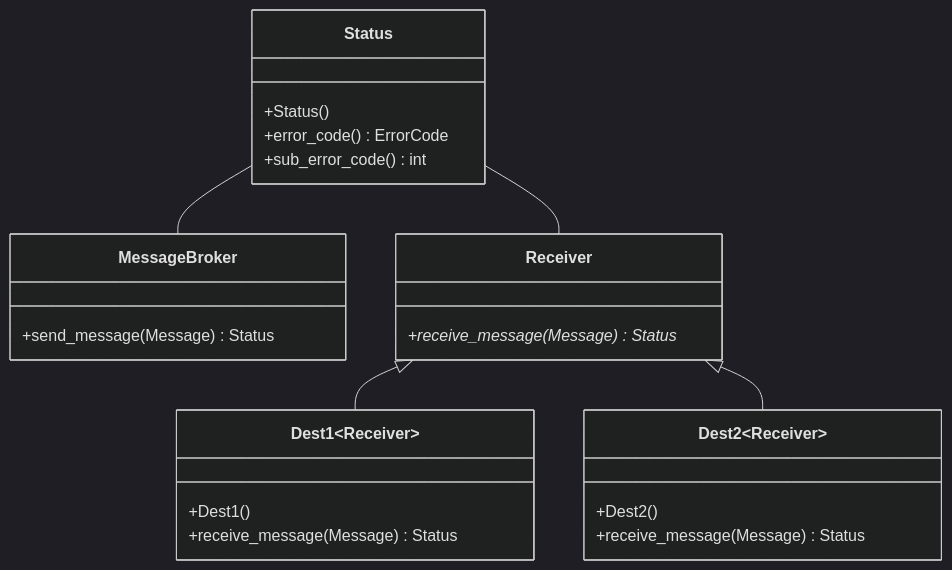
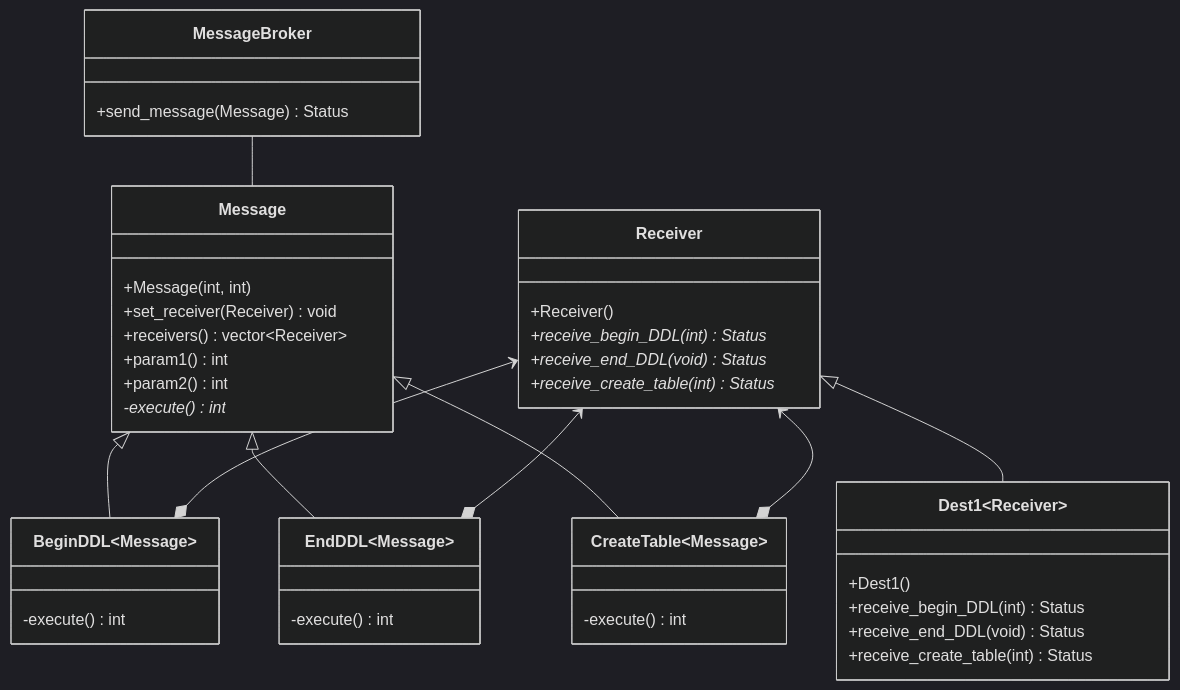
Before and after one commit to project-tsurugi/metadata-manager: the second of 2 diagrams in message-broker/docs/message-broker.md, drawn with Mermaid (dark theme). The commit also changed other lines of this file, not shown here.

````diff
--- a/message-broker/docs/message-broker.md
+++ b/message-broker/docs/message-broker.md
@@ -46,33 +33,53 @@
 ```mermaid
 classDiagram
+
+class Message {
+  +Message(int, int)
+  +set_receiver(Receiver) void
+  +receivers() vector~Receiver~
+  +param1() int
+  +param2() int
+  -execute()* int
+}
+
+class BeginDDL ~Message~ {
+  -execute() int
+}
+
+class EndDDL ~Message~ {
+  -execute() int
+}
+
+class CreateTable ~Message~ {
+  -execute() int
+}
+
+Message <|-- BeginDDL
+Message <|-- EndDDL
+Message <|-- CreateTable
 
 class MessageBroker {
   +send_message(Message) Status
 }
 
 class Receiver {
-  +receive_message(Message)* Status
-}
-
-class Status {
-  +Status()
-  +error_code() ErrorCode
-  +sub_error_code() int
+  +Receiver()
+  +receive_begin_DDL(int)* Status
+  +receive_end_DDL(void)* Status
+  +receive_create_table(int)* Status
 }
 
 class Dest1~Receiver~ {
   +Dest1()
-  +receive_message(Message) Status 
-}
-
-class Dest2~Receiver~ {
-  +Dest2()
-  +receive_message(Message) Status 
+  +receive_begin_DDL(int) Status
+  +receive_end_DDL(void) Status
+  +receive_create_table(int) Status
 }
 
 Receiver <|-- Dest1
-Receiver <|-- Dest2
-Status -- MessageBroker
-Status -- Receiver
+Receiver <--* BeginDDL
+Receiver <--* EndDDL
+Receiver <--* CreateTable
+MessageBroker -- Message
 
 ```
````
